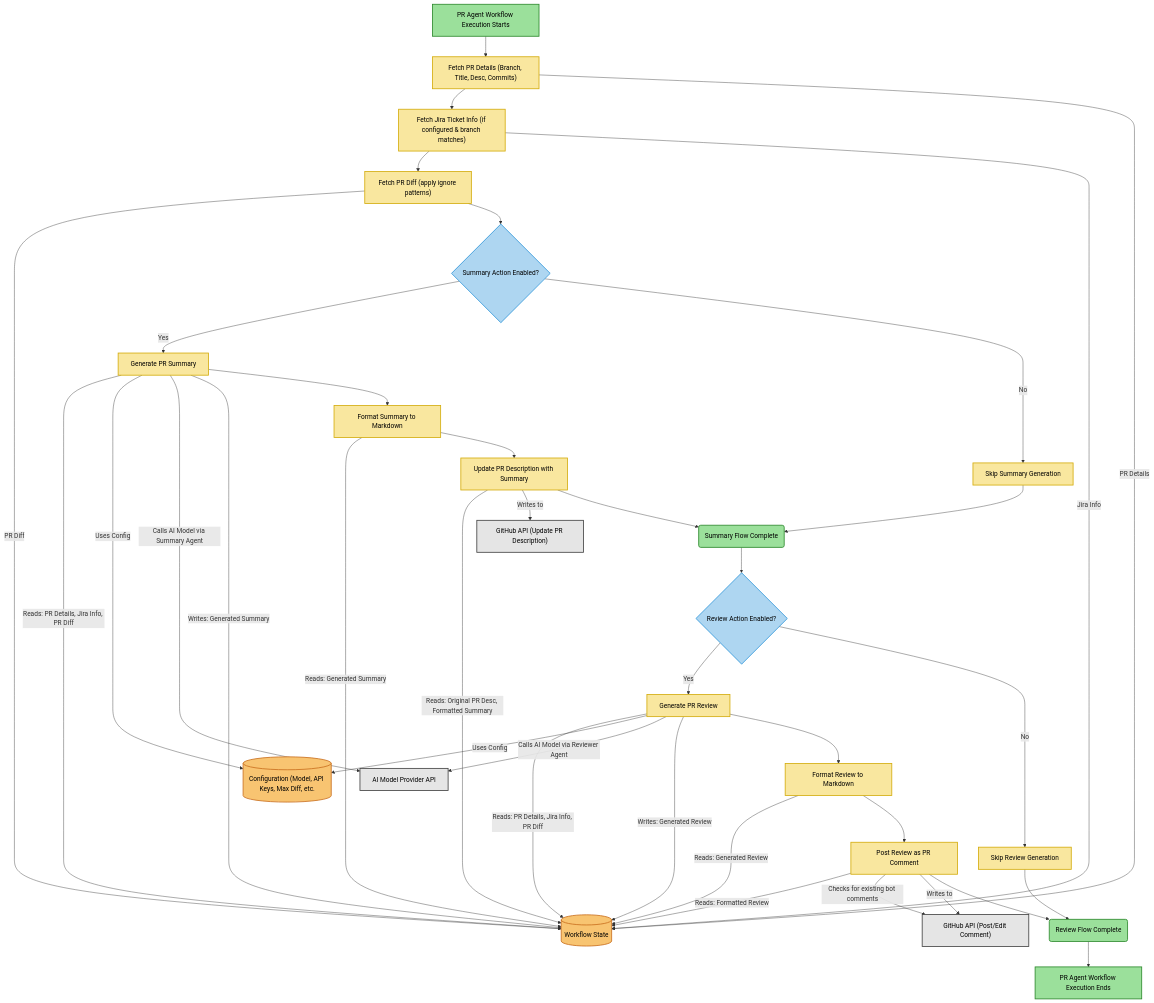
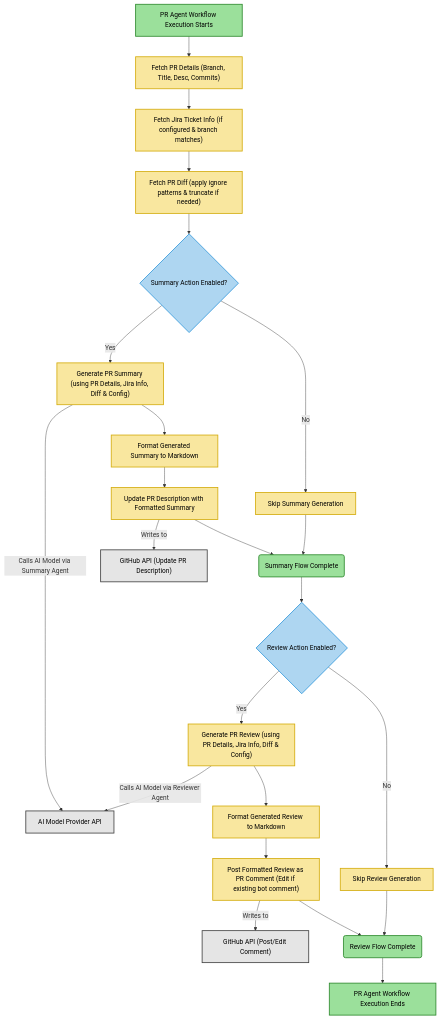
Before and after one commit to mark-hingston/pr-agent: the diagram in README.md, drawn with Mermaid.

````diff
--- a/README.md
+++ b/README.md
@@ -20,69 +20,48 @@
 ```mermaid
 graph TD
     %% Define Styles
     classDef init fill:#9BE09B,stroke:#2D882D,stroke-width:2px,color:#000,rounded:true;
-    classDef orchestrator fill:#85C1E9,stroke:#2471A3,stroke-width:2px,color:#000,rounded:true;
     classDef action fill:#F9E79F,stroke:#D4AC0D,stroke-width:2px,color:#000,rounded:true;
     classDef external fill:#E5E5E5,stroke:#424242,stroke-width:2px,color:#000,rounded:true;
-    classDef data fill:#F8C471,stroke:#CA6F1E,stroke-width:2px,color:#000,rounded:true;
     classDef conditional fill:#FADBD8,stroke:#C0392B,stroke-width:2px,color:#000,rounded:true;
     classDef decision fill:#AED6F1,stroke:#3498DB,stroke-width:2px,color:#000,shape:diamond;
     classDef process fill:#F9E79F,stroke:#D4AC0D,stroke-width:2px,color:#000,rounded:true;
-    classDef io fill:#D2B4DE,stroke:#8E44AD,stroke-width:2px,color:#000,shape:parallelogram;
-    classDef storage fill:#F8C471,stroke:#CA6F1E,stroke-width:2px,color:#000,shape:cylinder;
 
     %% Start & Initial Data Gathering (Common to both flows)
     StartWorkflow["PR Agent Workflow Execution Starts"]:::init
     StartWorkflow --> GetPRDetails["Fetch PR Details (Branch, Title, Desc, Commits)"]:::action
     GetPRDetails --> GetJiraInfo["Fetch Jira Ticket Info (if configured & branch matches)"]:::action
-    GetJiraInfo --> GetPRDiff["Fetch PR Diff (apply ignore patterns)"]:::action
-    
-    GetPRDetails -->|PR Details| WorkflowStateDb[(Workflow State)]:::storage
-    GetJiraInfo -->|Jira Info| WorkflowStateDb
-    GetPRDiff -->|PR Diff| WorkflowStateDb
-    
-    ConfigData[("Configuration (Model, API Keys, Max Diff, etc.")]:::data
+    GetJiraInfo --> GetPRDiff["Fetch PR Diff (apply ignore patterns & truncate if needed)"]:::action
     
     %% Summary Flow
     GetPRDiff --> CheckSummaryNeeded{Summary Action Enabled?}:::decision
     
-    CheckSummaryNeeded -- "Yes" --> GenerateSummary["Generate PR Summary"]:::process
-    GenerateSummary -->|Reads: PR Details, Jira Info, PR Diff| WorkflowStateDb
-    GenerateSummary -->|Uses Config| ConfigData
+    CheckSummaryNeeded -- "Yes" --> GenerateSummary["Generate PR Summary (using PR Details, Jira Info, Diff & Config)"]:::process
     GenerateSummary -->|Calls AI Model via Summary Agent| AIModel[AI Model Provider API]:::external
-    GenerateSummary -->|Writes: Generated Summary| WorkflowStateDb
     
-    GenerateSummary --> FormatSummary["Format Summary to Markdown"]:::process
-    FormatSummary -->|Reads: Generated Summary| WorkflowStateDb
+    GenerateSummary --> FormatSummary["Format Generated Summary to Markdown"]:::process
     
-    FormatSummary --> UpdatePRDesc["Update PR Description with Summary"]:::action
-    UpdatePRDesc -->|Reads: Original PR Desc, Formatted Summary| WorkflowStateDb
+    FormatSummary --> UpdatePRDesc["Update PR Description with Formatted Summary"]:::action
     UpdatePRDesc -->|Writes to| GitHubAPI_Desc["GitHub API (Update PR Description)"]:::external
     UpdatePRDesc --> SummaryFlowEnd("Summary Flow Complete"):::init
 
     CheckSummaryNeeded -- "No" --> SkipSummary["Skip Summary Generation"]:::action
     SkipSummary --> SummaryFlowEnd
 
     %% Review Flow (Starts after Summary Flow/Skip)
     SummaryFlowEnd --> CheckReviewNeeded{Review Action Enabled?}:::decision
     
-    CheckReviewNeeded -- "Yes" --> GenerateReview["Generate PR Review"]:::process
-    GenerateReview -->|Reads: PR Details, Jira Info, PR Diff| WorkflowStateDb
-    GenerateReview -->|Uses Config| ConfigData
+    CheckReviewNeeded -- "Yes" --> GenerateReview["Generate PR Review (using PR Details, Jira Info, Diff & Config)"]:::process
     GenerateReview -->|Calls AI Model via Reviewer Agent| AIModel
-    GenerateReview -->|Writes: Generated Review| WorkflowStateDb
     
-    GenerateReview --> FormatReview["Format Review to Markdown"]:::process
-    FormatReview -->|Reads: Generated Review| WorkflowStateDb
+    GenerateReview --> FormatReview["Format Generated Review to Markdown"]:::process
     
-    FormatReview --> PostReviewComment["Post Review as PR Comment"]:::action
-    PostReviewComment -->|Reads: Formatted Review| WorkflowStateDb
-    PostReviewComment -->|Checks for existing bot comments| GitHubAPI_Comment["GitHub API (Post/Edit Comment)"]:::external
-    PostReviewComment -->|Writes to| GitHubAPI_Comment
+    FormatReview --> PostReviewComment["Post Formatted Review as PR Comment (Edit if existing bot comment)"]:::action
+    PostReviewComment -->|Writes to| GitHubAPI_Comment["GitHub API (Post/Edit Comment)"]:::external
     PostReviewComment --> ReviewFlowEnd("Review Flow Complete"):::init
 
     CheckReviewNeeded -- "No" --> SkipReview["Skip Review Generation"]:::action
     SkipReview --> ReviewFlowEnd
 
     ReviewFlowEnd --> EndWorkflow["PR Agent Workflow Execution Ends"]:::init
 ```
````
